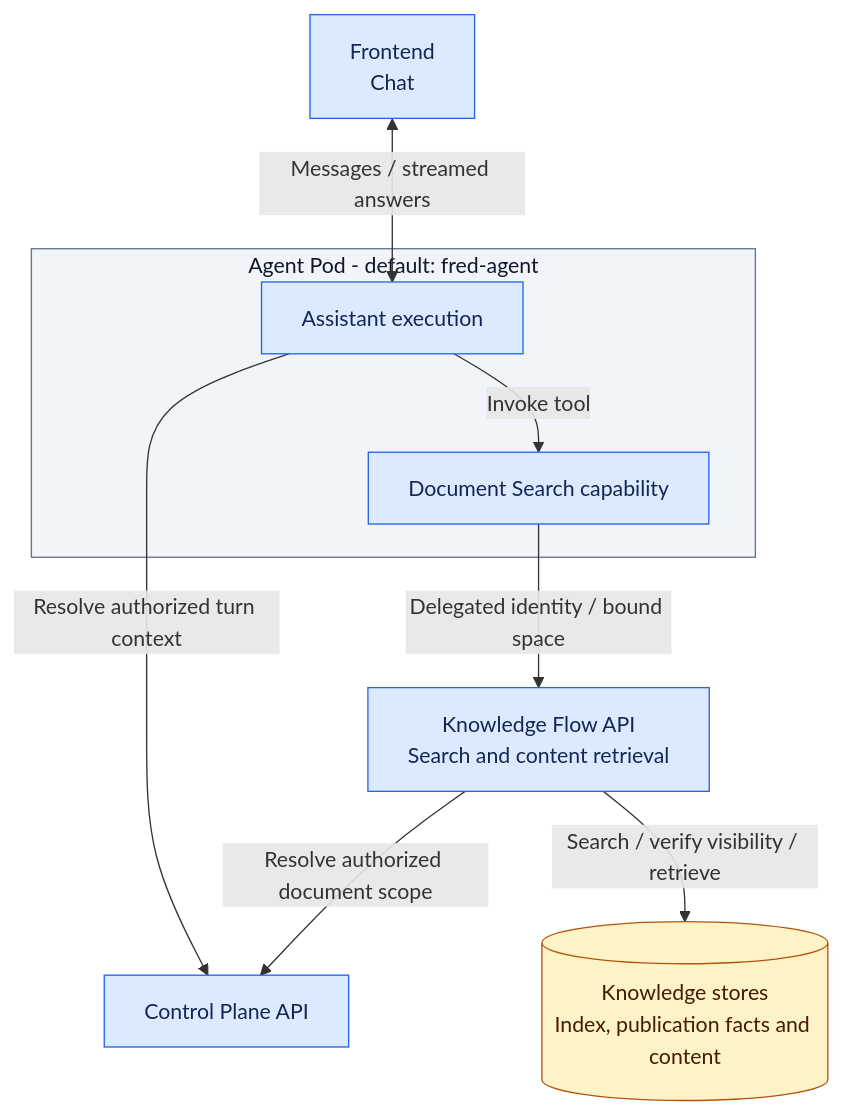
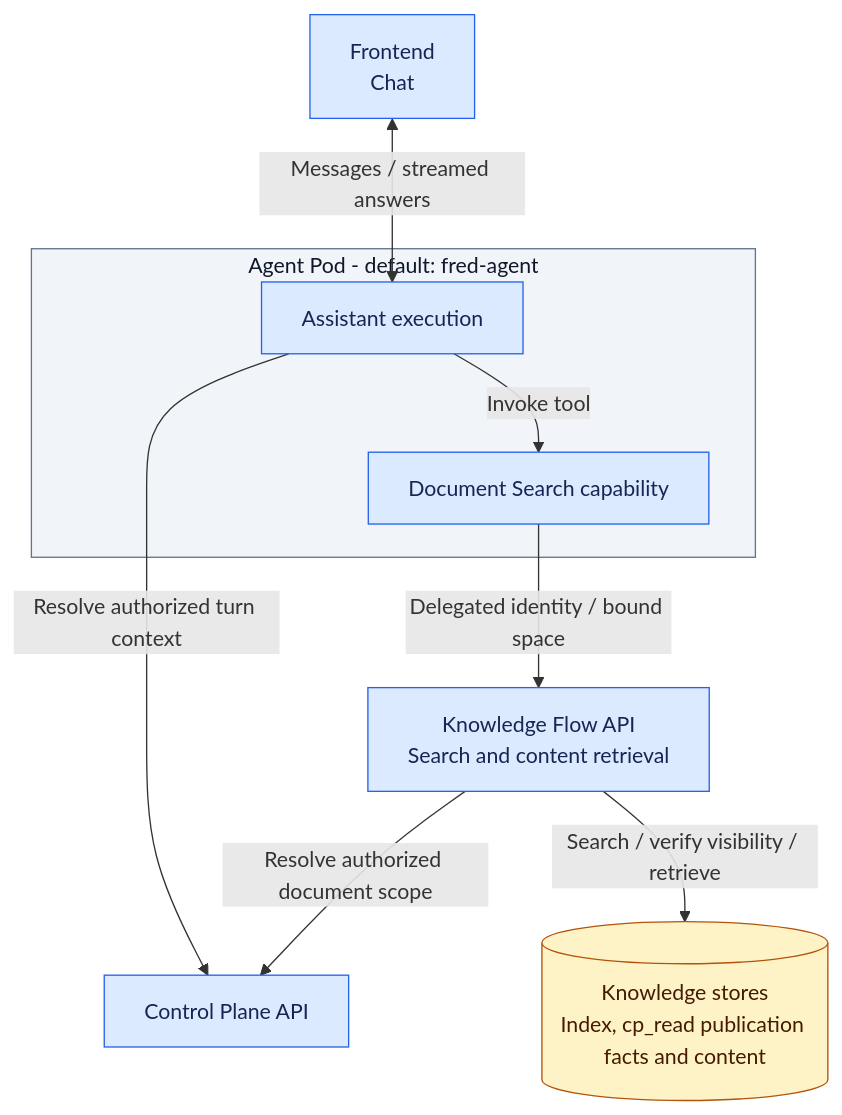
One commit to ThalesGroup/fred changed the third of 6 diagrams in docs/architecture/01-system-overview.md. Above: the diagram before and after it, drawn with Mermaid. The commit also changed 94 other files, not shown here.

````diff
--- a/docs/architecture/01-system-overview.md
+++ b/docs/architecture/01-system-overview.md
@@ -97,24 +97,24 @@
 ```mermaid
 flowchart TB
     ui["Frontend<br/>Chat"]
     subgraph pod["Agent Pod - default: fred-agent"]
         agent["Assistant execution"]
         capability["Document Search capability"]
         agent -->|"Invoke tool"| capability
     end
     cp["Control Plane API"]
     kfa["Knowledge Flow API<br/>Search and content retrieval"]
-    stores[("Knowledge stores<br/>Index, publication facts and content")]
+    stores[("Knowledge stores<br/>Index, cp_read publication facts and content")]
     ui <-->|"Messages / streamed answers"| agent
     agent -->|"Resolve authorized turn context"| cp
     capability -->|"Delegated identity / bound space"| kfa
     kfa -->|"Resolve authorized document scope"| cp
     kfa -->|"Search / verify visibility / retrieve"| stores
 
     classDef fred fill:#DBEAFE,stroke:#2563EB,color:#172554
     classDef cots fill:#FEF3C7,stroke:#B45309,color:#451A03
     classDef neutral fill:#F1F5F9,stroke:#64748B,color:#0F172A
     class ui,agent,capability,cp,kfa fred
     class stores cots
     class pod neutral
 ```
````
